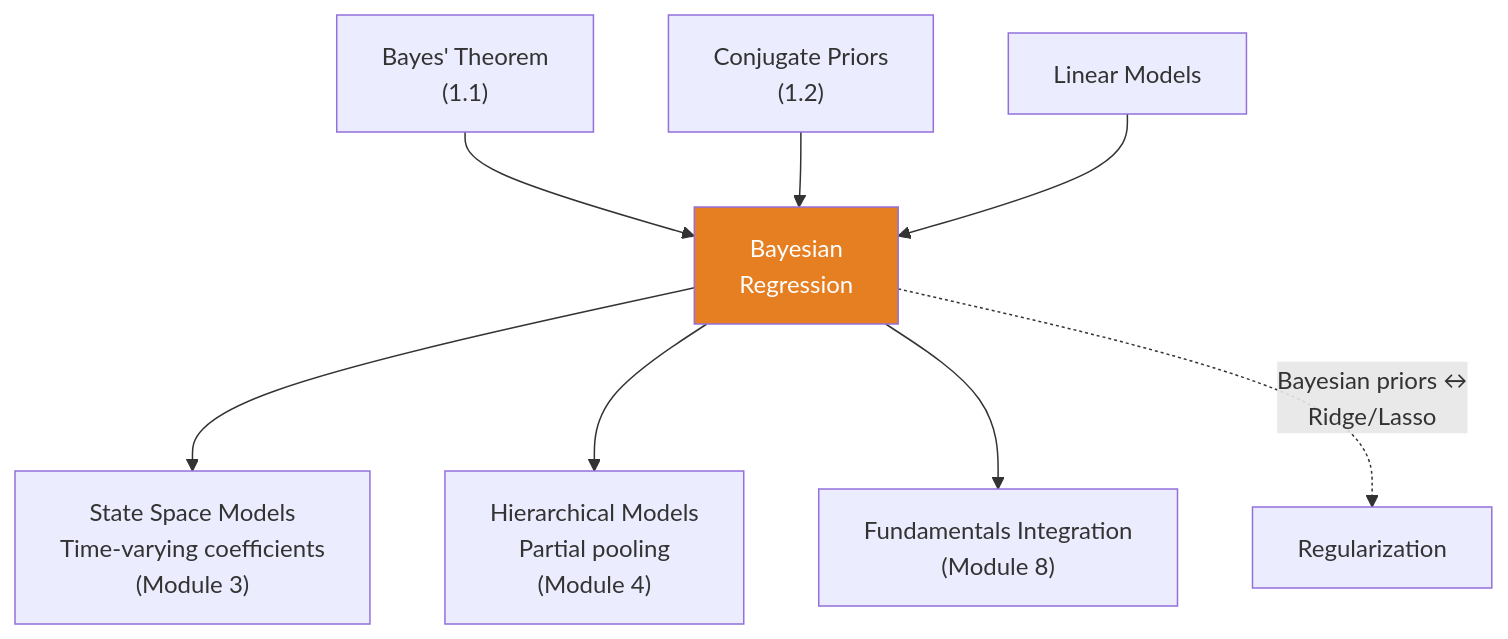
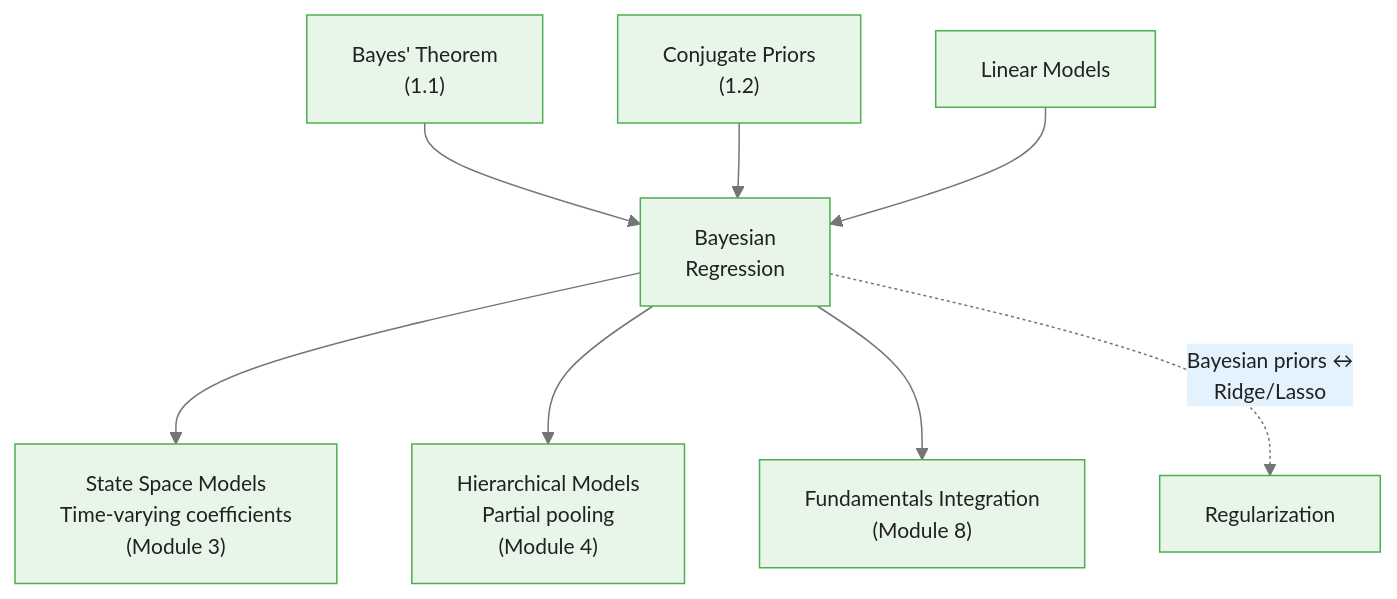
Before and after one commit to m-deane/course-creator: the third of 3 diagrams in courses/bayesian-commodity-forecasting/modules/module_01_bayesian_fundamentals/guides/03_bayesian_regression_slides.md, drawn with Mermaid. The commit also changed other lines of this file and 104 other files, not shown here.

````diff
--- a/courses/bayesian-commodity-forecasting/modules/module_01_bayesian_fundamentals/guides/03_bayesian_regression_slides.md
+++ b/courses/bayesian-commodity-forecasting/modules/module_01_bayesian_fundamentals/guides/03_bayesian_regression_slides.md
@@ -297,11 +311,11 @@
 ```mermaid
+%%{init: {"theme": "base", "themeVariables": {"primaryColor": "#e8f5e9", "primaryBorderColor": "#4caf50", "primaryTextColor": "#212121", "secondaryColor": "#e3f2fd", "tertiaryColor": "#fff8e1", "lineColor": "#757575", "fontFamily": "Inter, sans-serif", "fontSize": "14px"}}}%%
 flowchart TD
     BT["Bayes' Theorem\n(1.1)"] --> BR["Bayesian\nRegression"]
     CP["Conjugate Priors\n(1.2)"] --> BR
     LR["Linear Models"] --> BR
     BR --> SSM["State Space Models\nTime-varying coefficients\n(Module 3)"]
     BR --> HM["Hierarchical Models\nPartial pooling\n(Module 4)"]
     BR --> FI["Fundamentals Integration\n(Module 8)"]
     BR -.->|"Bayesian priors ↔\nRidge/Lasso"| REG["Regularization"]
-    style BR fill:#e67e22,color:#fff
 ```
````
